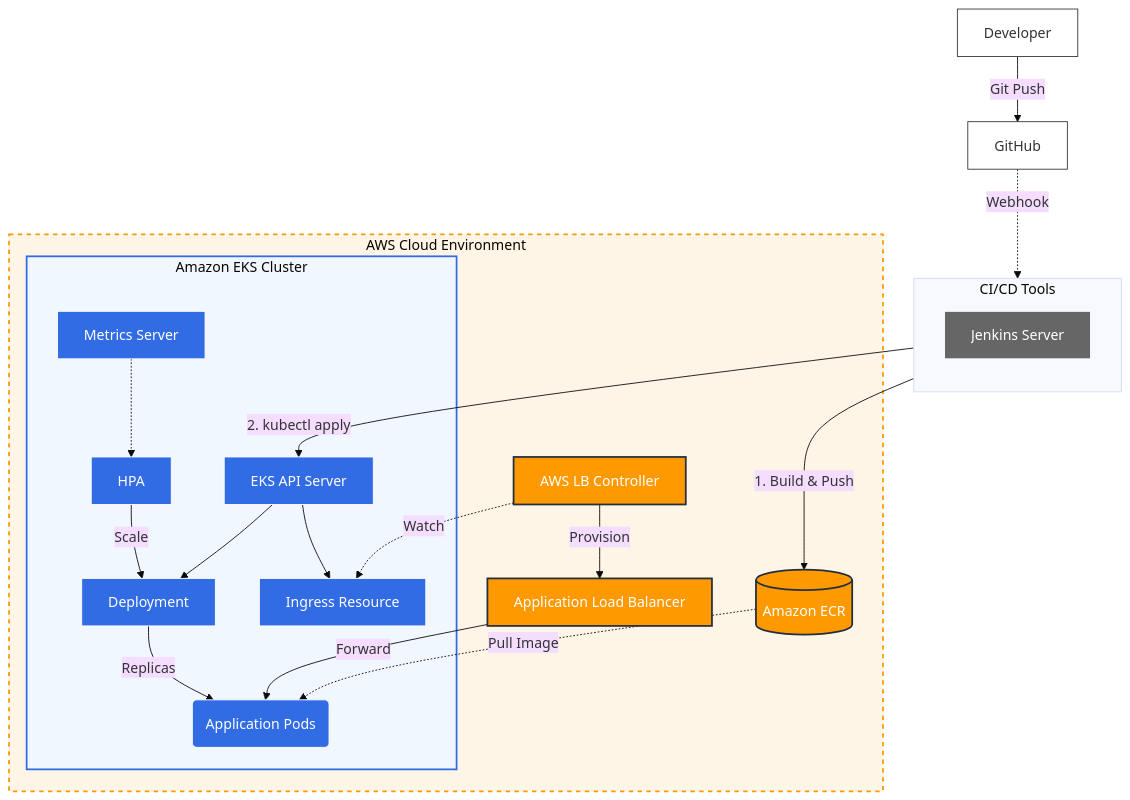
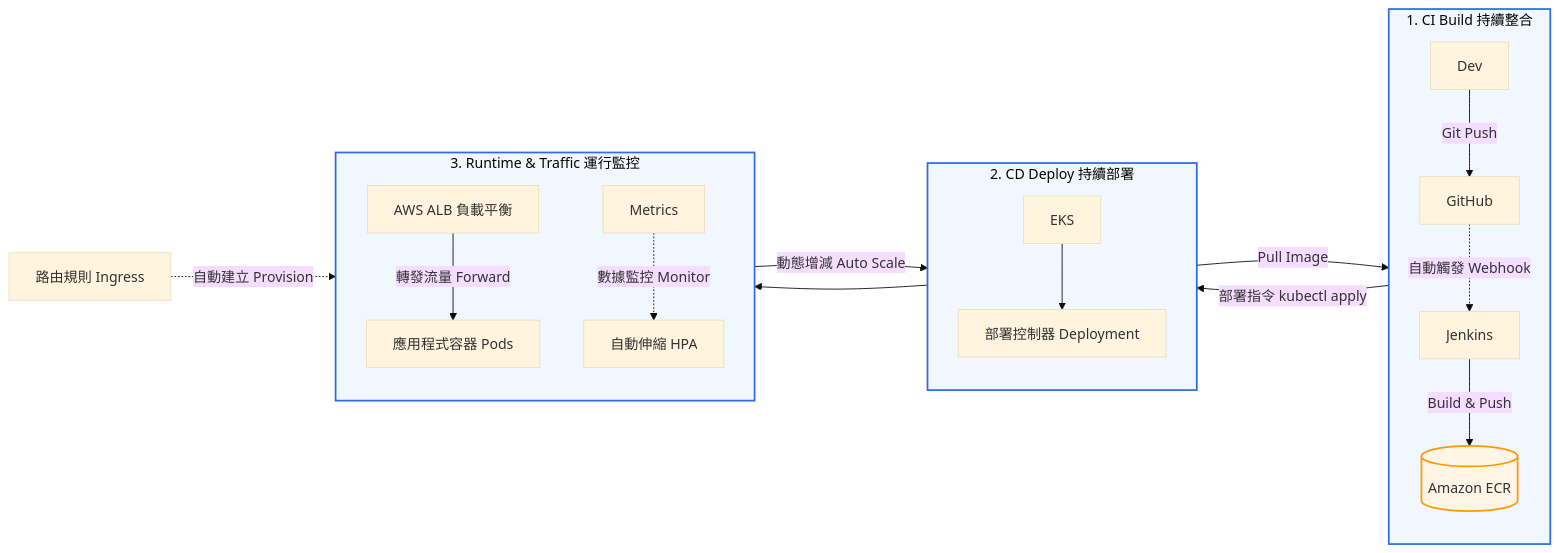
One commit to jamesstop1201/DevopsFlow changed the diagram in README.md. Above: the diagram before and after it, drawn with Mermaid (base theme).

Commit message:
修改架構圖表示

````diff
--- a/README.md
+++ b/README.md
@@ -13,71 +13,39 @@
 ``` mermaid 
-graph TD
-    %% --- 樣式定義區 ---
-    %% AWS Core: 橘底白字
-    classDef aws fill:#FF9900,stroke:#232F3E,stroke-width:2px,color:#fff;
-    %% K8s Core: 藍底白字
-    classDef k8s fill:#326CE5,stroke:#fff,stroke-width:1px,color:#fff;
-    %% CI/CD: 灰色底
-    classDef cicd fill:#666,stroke:#fff,stroke-width:1px,color:#fff;
-    %% External: 白底黑字 (在深色模式也會強制顯示白底以保持清晰)
-    classDef ext fill:#ffffff,stroke:#333,stroke-width:1px,color:#333;
+flowchart LR
+ subgraph STAGE_1["1. CI Build 持續整合"]
+    direction TB
+        Git["GitHub"]
+        Dev["Dev"]
+        Jen["Jenkins"]
+        ECR[("Amazon ECR")]
+  end
+ subgraph STAGE_2["2. CD Deploy 持續部署"]
+    direction TB
+        EKS_API["EKS"]
+        Deploy["部署控制器 Deployment"]
+  end
+ subgraph STAGE_3["3. Runtime & Traffic 運行監控"]
+    direction TB
+        Pods["應用程式容器 Pods"]
+        ALB["AWS ALB 負載平衡"]
+        HPA["自動伸縮 HPA"]
+        Metrics["Metrics"]
+  end
+    Dev -- Git Push --> Git
+    Git -. 自動觸發 Webhook .-> Jen
+    Jen -- Build & Push --> ECR
+    Jen -- 部署指令 kubectl apply --> EKS_API
+    EKS_API --> Deploy
+    Deploy -- Pull Image --> ECR
+    ALB -- 轉發流量 Forward --> Pods
+    HPA -- 動態增減 Auto Scale --> Deploy
+    Metrics -. 數據監控 Monitor .-> HPA
+    Deploy --> Pods
+    Ingress["路由規則 Ingress"] -. 自動建立 Provision .-> ALB
 
-    %% --- 外部角色 ---
-    Dev[Developer] -->|Git Push| Git[GitHub]
-%%     User((End User)) -->|HTTPS| GD[GoDaddy]
-
-    Git -.->|Webhook| Jen
-
-    subgraph CI_CD_Pipeline [CI/CD Tools]
-        direction TB
-        Jen[Jenkins Server]
-    end
-
-    %% --- AWS 雲端環境區塊 ---
-    subgraph AWS_Cloud [AWS Cloud Environment]
-        %% 使用 Hex Code 修正 rgba 錯誤，#fff5e6 是極淺橘色
-        style AWS_Cloud fill:#fff5e6,stroke:#FF9900,stroke-width:2px,stroke-dasharray: 5 5
-        
-        ECR[(Amazon ECR)]
-        
-        %% EKS 叢集
-        subgraph EKS_Cluster [Amazon EKS Cluster]
-            %% #f0f7ff 是極淺藍色
-            style EKS_Cluster fill:#f0f7ff,stroke:#326CE5,stroke-width:2px
-            
-            EKS_API[EKS API Server]
-            Deploy[Deployment]
-            Pods(Application Pods)
-            
-            Metrics[Metrics Server] -.-> HPA[HPA]
-            HPA -->|Scale| Deploy
-            Deploy -->|Replicas| Pods
-            Ingress[Ingress Resource]
-        end
-
-        LBC[AWS LB Controller]
-        ALB[Application Load Balancer]
-      %%   R53[Route 53]
-
-        %% 互動線條
-        Jen -->|1. Build & Push| ECR
-        Jen -->|2. kubectl apply| EKS_API
-        EKS_API --> Deploy
-        EKS_API --> Ingress
-        
-        ECR -.->|Pull Image| Pods
-        
-        LBC -.->|Watch| Ingress
-        LBC -->|Provision| ALB
-      %%   R53 -->|Alias Record| ALB
-        ALB -->|Forward| Pods
-    end
-
-%%     GD -->|DNS| R53
-
-    %% --- 應用樣式 ---
-    class Dev,Git,GD,User ext;
-    class Jen cicd;
-    class ECR,ALB,R53,LBC aws;
-    class EKS_API,Deploy,Pods,HPA,Ingress,Metrics k8s;
+     ECR:::storage
+    classDef build fill:#f9f9f9,stroke:#666,stroke-width:2px
+    classDef storage fill:#fff5e6,stroke:#FF9900,stroke-width:2px
+    classDef cluster fill:#f0f7ff,stroke:#326CE5,stroke-width:2px
+    classDef traffic fill:#e6fffa,stroke:#00b5ad,stroke-width:2px
 ```
````
